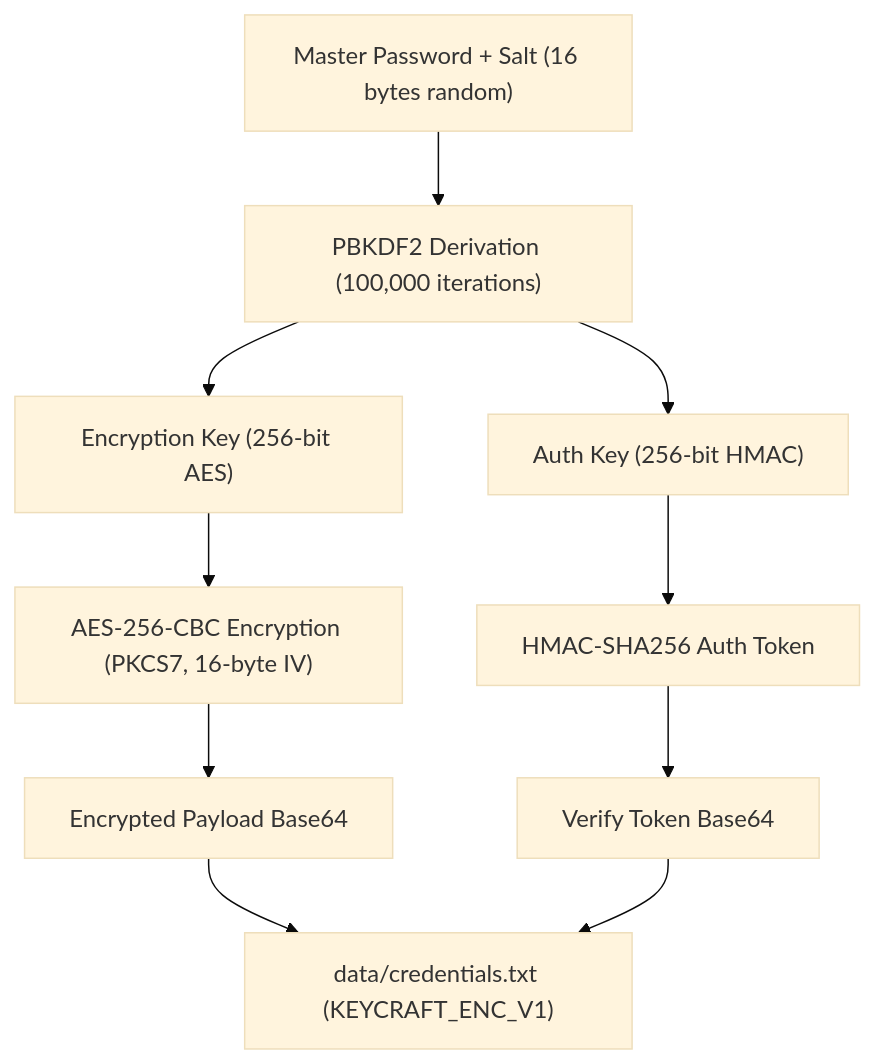
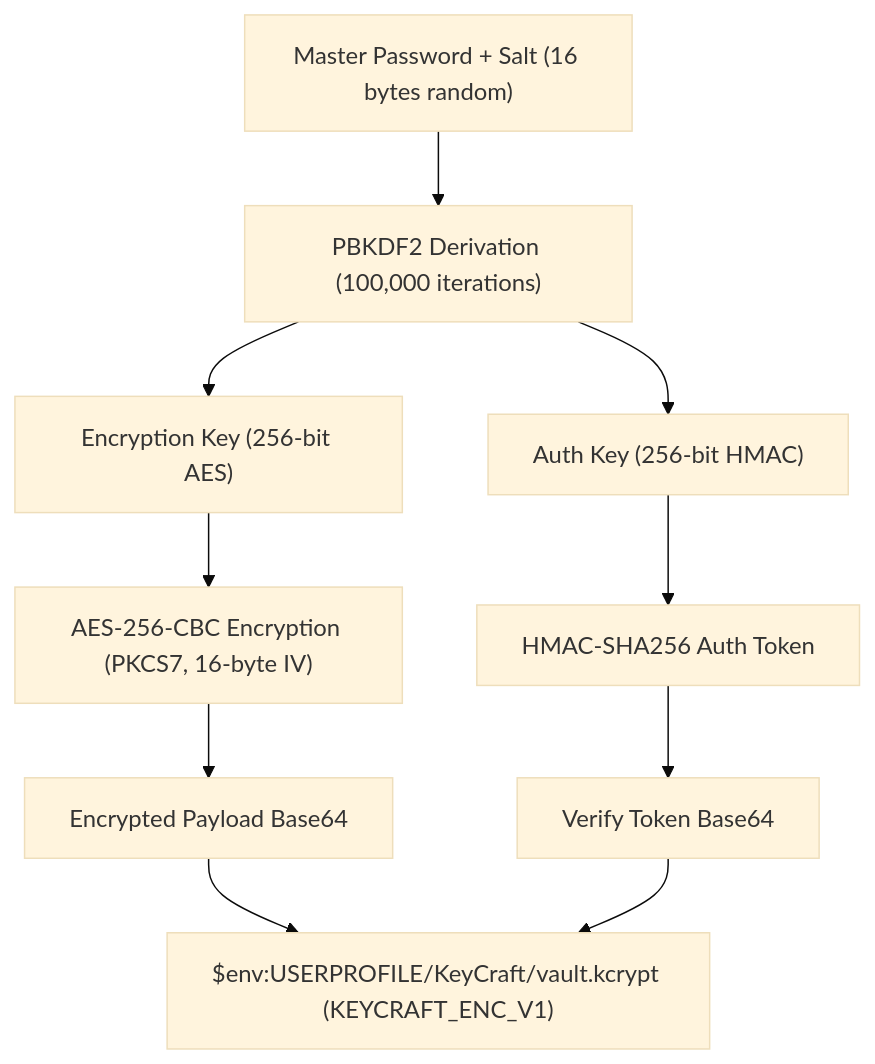
One commit to ayush1920/windows-password-manager changed the first of 2 diagrams in README.md. Above: the diagram before and after it, drawn with Mermaid (base theme). The commit also changed other lines of this file and 62 other files, not shown here.

````diff
--- a/README.md
+++ b/README.md
@@ -44,12 +44,12 @@
 ```mermaid
 flowchart TD
     A["Master Password + Salt (16 bytes random)"] --> B["PBKDF2 Derivation (100,000 iterations)"]
     B --> C["Encryption Key (256-bit AES)"]
     B --> D["Auth Key (256-bit HMAC)"]
     C --> E["AES-256-CBC Encryption (PKCS7, 16-byte IV)"]
     D --> F["HMAC-SHA256 Auth Token"]
     E --> G["Encrypted Payload Base64"]
     F --> H["Verify Token Base64"]
-    G --> I["data/credentials.txt (KEYCRAFT_ENC_V1)"]
+    G --> I["$env:USERPROFILE/KeyCraft/vault.kcrypt (KEYCRAFT_ENC_V1)"]
     H --> I
 ```
````
